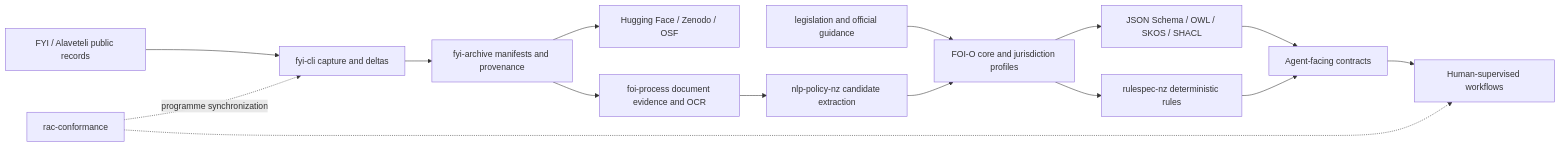
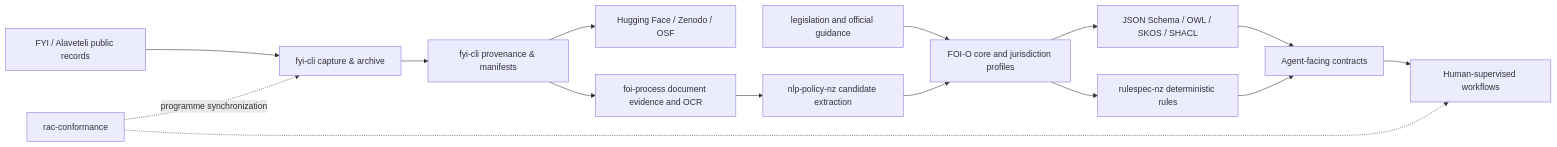
Before and after one commit to edithatogo/foi-o: the diagram in docs/02-system-architecture.md, drawn with Mermaid. The commit also changed other lines of this file and 133 other files, not shown here.

````diff
--- a/docs/02-system-architecture.md
+++ b/docs/02-system-architecture.md
@@ -11,17 +11,17 @@
 ```mermaid
 flowchart LR
-  A[FYI / Alaveteli public records] --> B[fyi-cli capture and deltas]
-  B --> C[fyi-archive manifests and provenance]
+  A[FYI / Alaveteli public records] --> B[fyi-cli capture & archive]
+  B --> C[fyi-cli provenance & manifests]
   C --> D[Hugging Face / Zenodo / OSF]
   C --> E[foi-process document evidence and OCR]
   E --> F[nlp-policy-nz candidate extraction]
   G[legislation and official guidance] --> H[FOI-O core and jurisdiction profiles]
   F --> H
   H --> I[JSON Schema / OWL / SKOS / SHACL]
   H --> J[rulespec-nz deterministic rules]
   I --> K[Agent-facing contracts]
   J --> K
   K --> L[Human-supervised workflows]
   M[rac-conformance] -. programme synchronization .-> B
   M -.-> L
 ```
````
